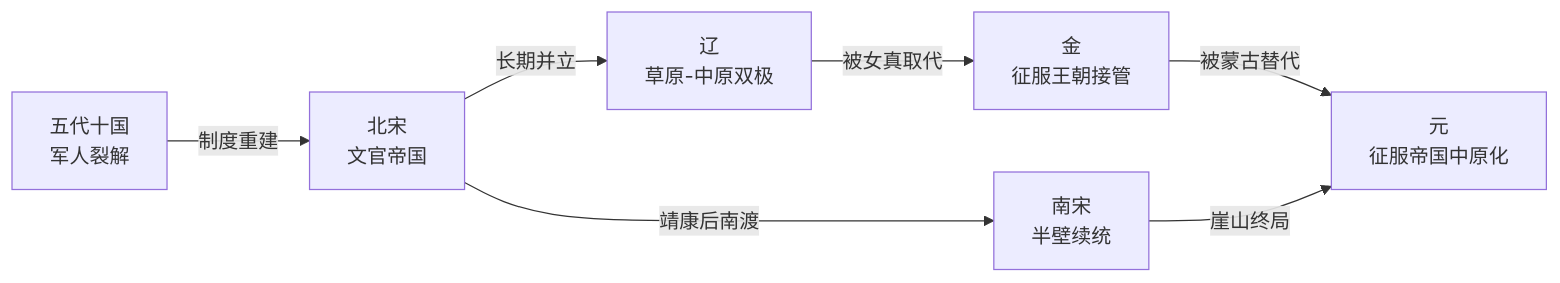
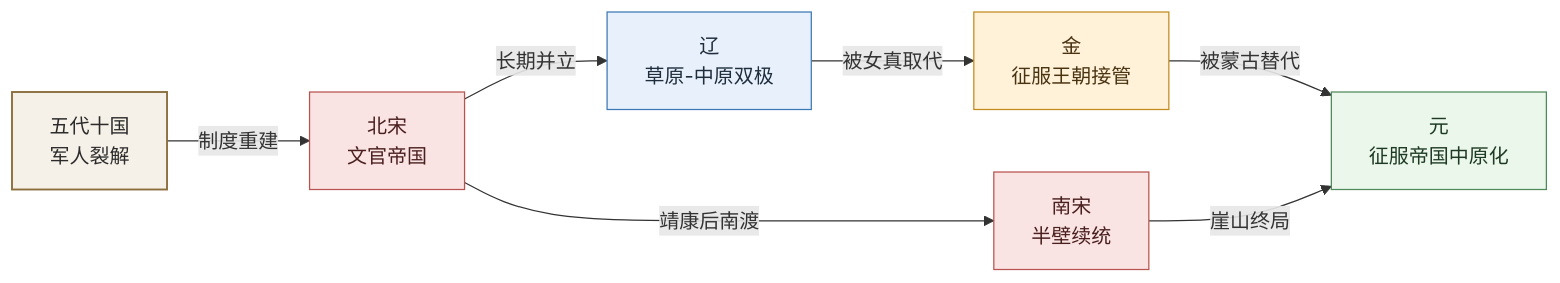
Before and after one commit to zhuguang-ZFG/reading: the diagram in 05_HISTORY/02_MAPS/宋辽金元承续与多政权并立结构图.md, drawn with Mermaid. The commit also changed other lines of this file and 3 other files, not shown here.

````diff
--- a/05_HISTORY/02_MAPS/宋辽金元承续与多政权并立结构图.md
+++ b/05_HISTORY/02_MAPS/宋辽金元承续与多政权并立结构图.md
@@ -35,16 +35,28 @@
 ```mermaid
 flowchart LR
     W[五代十国<br/>军人裂解]
     S1[北宋<br/>文官帝国]
     L[辽<br/>草原-中原双极]
     J[金<br/>征服王朝接管]
     S2[南宋<br/>半壁续统]
     Y[元<br/>征服帝国中原化]
 
     W -->|制度重建| S1
     S1 -->|长期并立| L
     L -->|被女真取代| J
     S1 -->|靖康后南渡| S2
     J -->|被蒙古替代| Y
     S2 -->|崖山终局| Y
+
+    classDef pre fill:#f6f1e8,stroke:#8a6d3b,color:#2b2b2b,stroke-width:1.5px;
+    classDef song fill:#f9e3e3,stroke:#b85450,color:#4a1f1f;
+    classDef liao fill:#e8f1fb,stroke:#3c78b5,color:#1f2d3d;
+    classDef jin fill:#fff2d9,stroke:#c48a1c,color:#4a3311;
+    classDef yuan fill:#eaf7ea,stroke:#4f8a5b,color:#1e3a24;
+
+    class W pre;
+    class S1,S2 song;
+    class L liao;
+    class J jin;
+    class Y yuan;
 ```
````
